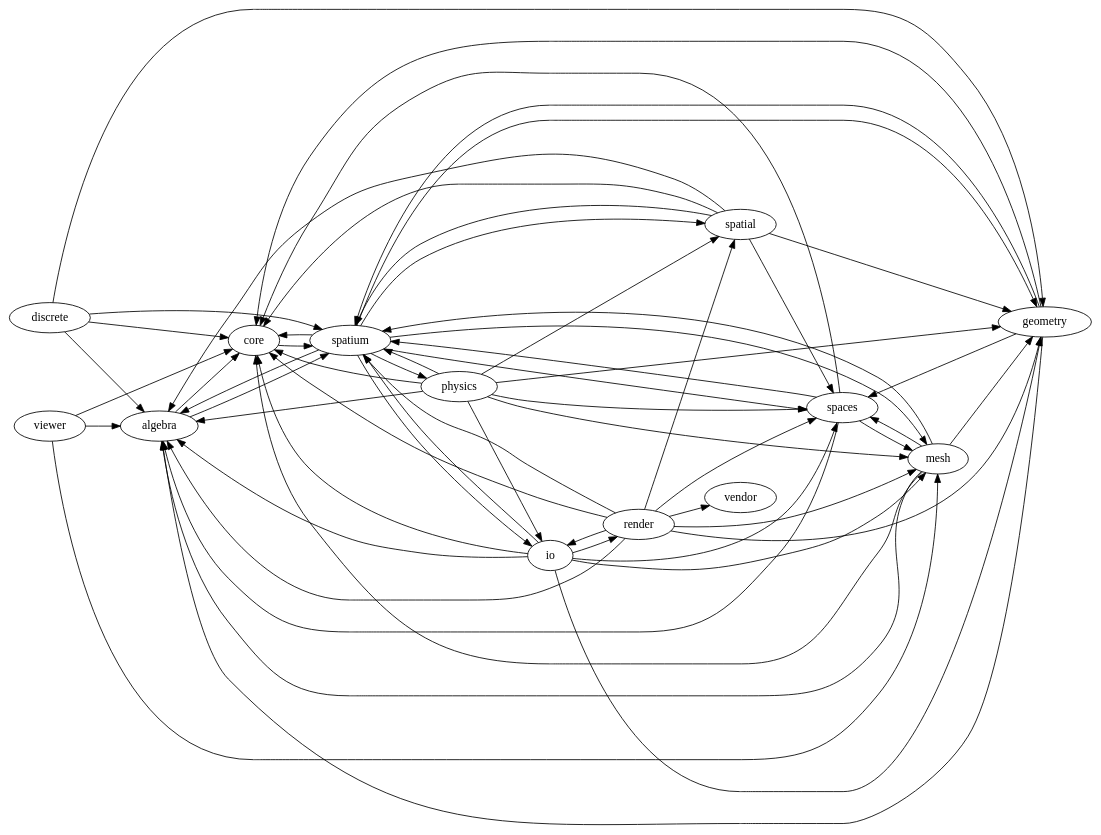
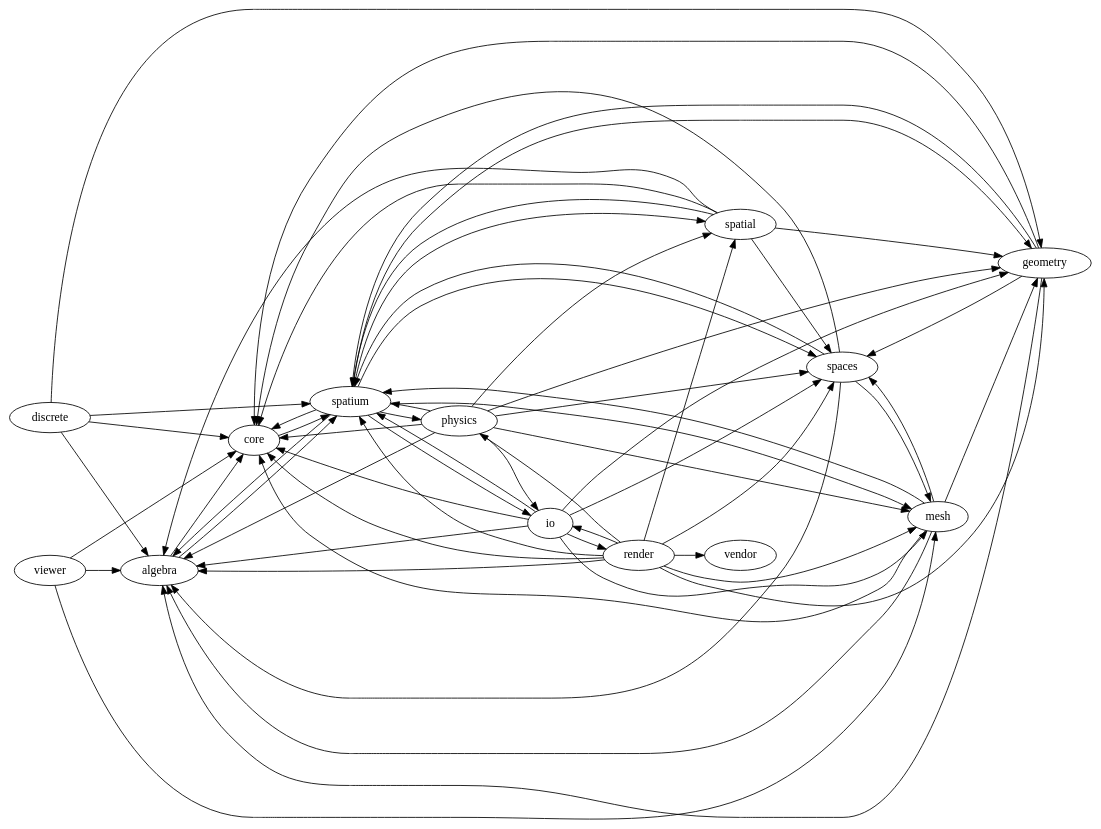
Before and after one commit to Vaniell0/spatium: the diagram in docs/dependency-graph.dot, drawn with Graphviz. The commit also changed 5 other files, not shown here.

```diff
--- a/docs/dependency-graph.dot
+++ b/docs/dependency-graph.dot
@@ -1,63 +1,64 @@
 digraph spatium_dependencies {
     rankdir=LR;
     "algebra" -> "core";
     "algebra" -> "spatium";
     "core" -> "spatium";
     "discrete" -> "algebra";
     "discrete" -> "core";
     "discrete" -> "geometry";
     "discrete" -> "spatium";
     "geometry" -> "algebra";
     "geometry" -> "core";
     "geometry" -> "spaces";
     "geometry" -> "spatium";
     "io" -> "algebra";
     "io" -> "core";
     "io" -> "geometry";
     "io" -> "mesh";
     "io" -> "render";
     "io" -> "spaces";
     "io" -> "spatium";
     "mesh" -> "algebra";
     "mesh" -> "core";
     "mesh" -> "geometry";
     "mesh" -> "spaces";
     "mesh" -> "spatium";
     "physics" -> "algebra";
     "physics" -> "core";
     "physics" -> "geometry";
     "physics" -> "io";
     "physics" -> "mesh";
     "physics" -> "spaces";
     "physics" -> "spatial";
     "physics" -> "spatium";
     "render" -> "algebra";
     "render" -> "core";
     "render" -> "geometry";
     "render" -> "io";
     "render" -> "mesh";
+    "render" -> "physics";
     "render" -> "spaces";
     "render" -> "spatial";
     "render" -> "spatium";
     "render" -> "vendor";
     "spaces" -> "algebra";
     "spaces" -> "core";
     "spaces" -> "mesh";
     "spaces" -> "spatium";
     "spatial" -> "algebra";
     "spatial" -> "core";
     "spatial" -> "geometry";
     "spatial" -> "spaces";
     "spatial" -> "spatium";
     "spatium" -> "algebra";
     "spatium" -> "core";
     "spatium" -> "geometry";
     "spatium" -> "io";
     "spatium" -> "mesh";
     "spatium" -> "physics";
     "spatium" -> "spaces";
     "spatium" -> "spatial";
     "viewer" -> "algebra";
     "viewer" -> "core";
     "viewer" -> "mesh";
 }
```
